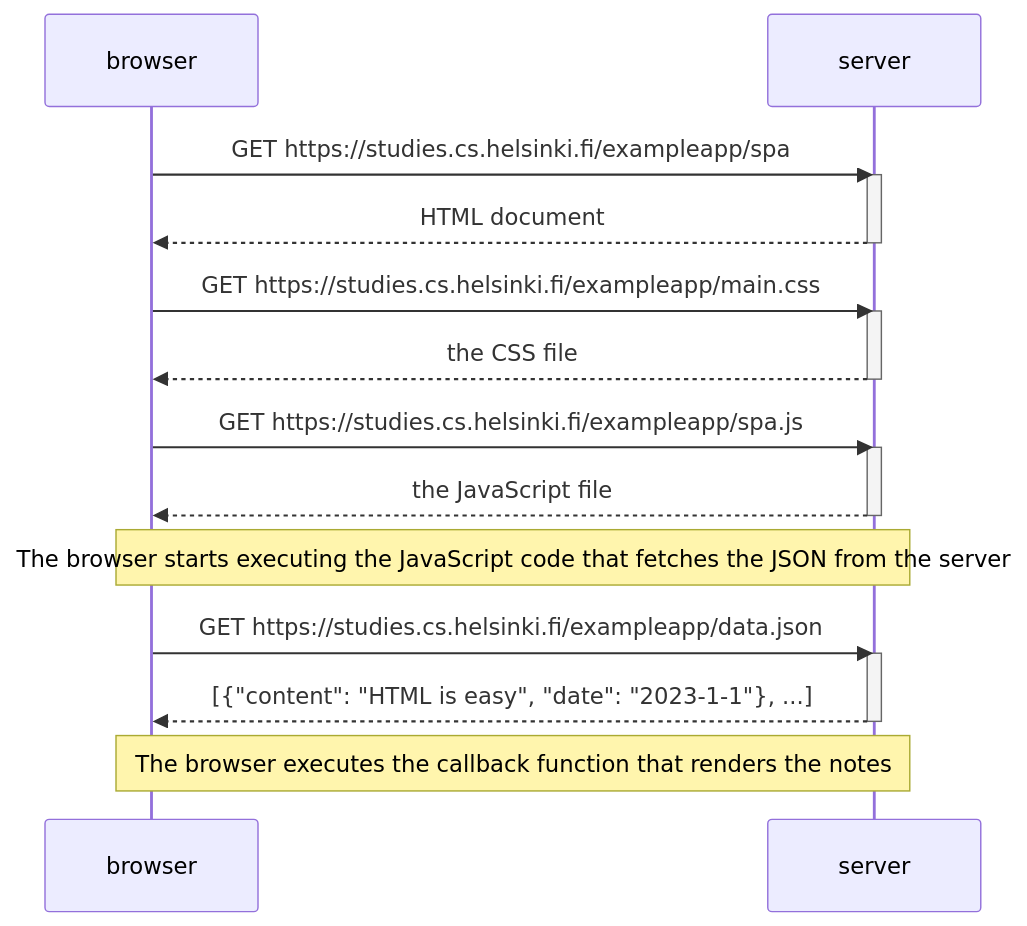
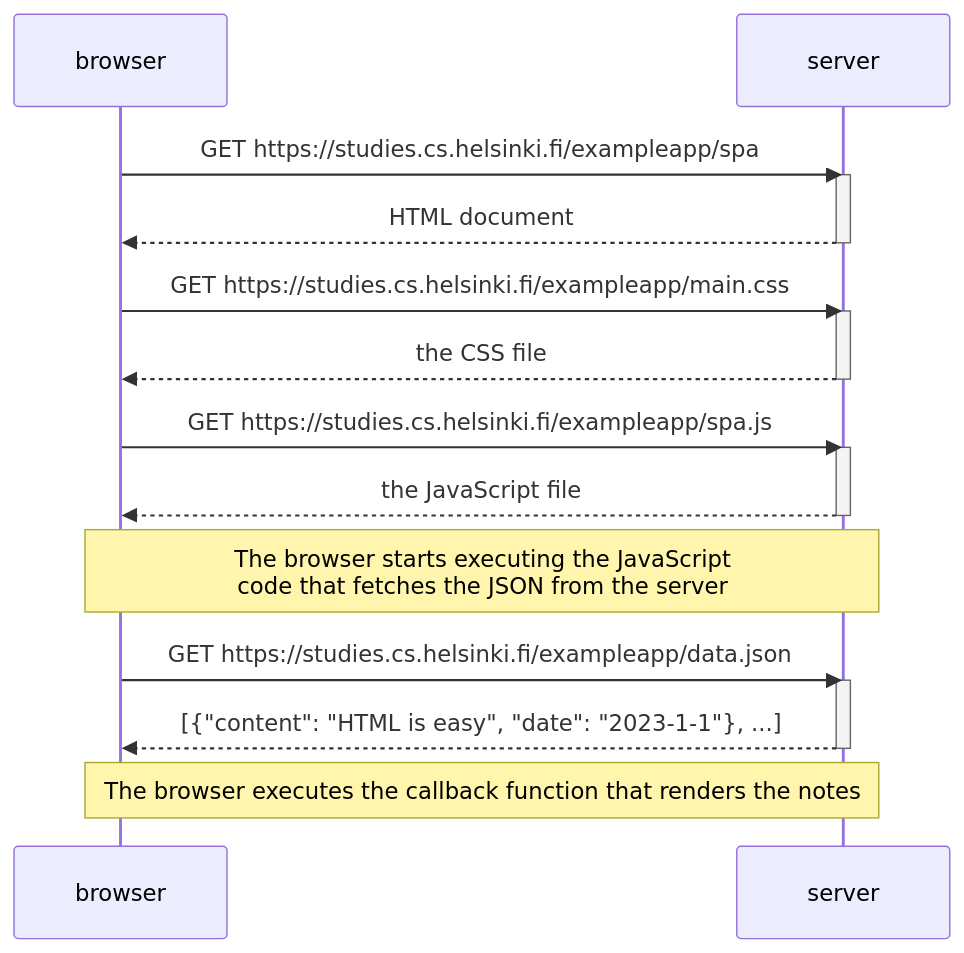
Before and after one commit to gitairman/mermaid: the diagram in 0.5: Single page app diagram.md, drawn with Mermaid.

Commit message:
Update 0.5: Single page app diagram.md

````diff
--- a/0.5: Single page app diagram.md
+++ b/0.5: Single page app diagram.md
@@ -5,23 +5,23 @@
 ```mermaid
 sequenceDiagram
     participant browser
     participant server
     browser->>server: GET https://studies.cs.helsinki.fi/exampleapp/spa
     activate server
     server-->>browser: HTML document
     deactivate server
     browser->>server: GET https://studies.cs.helsinki.fi/exampleapp/main.css
     activate server
     server-->>browser: the CSS file
     deactivate server
     browser->>server: GET https://studies.cs.helsinki.fi/exampleapp/spa.js
     activate server
     server-->>browser: the JavaScript file
     deactivate server
-    Note over browser, server: The browser starts executing the JavaScript code that fetches the JSON from the server
+    Note over browser, server: The browser starts executing the JavaScript<br/>code that fetches the JSON from the server
     browser->>server: GET https://studies.cs.helsinki.fi/exampleapp/data.json
     activate server
     server-->>browser: [{"content": "HTML is easy", "date": "2023-1-1"}, ...]
     deactivate server
     Note over browser, server: The browser executes the callback function that renders the notes
 ```
````
